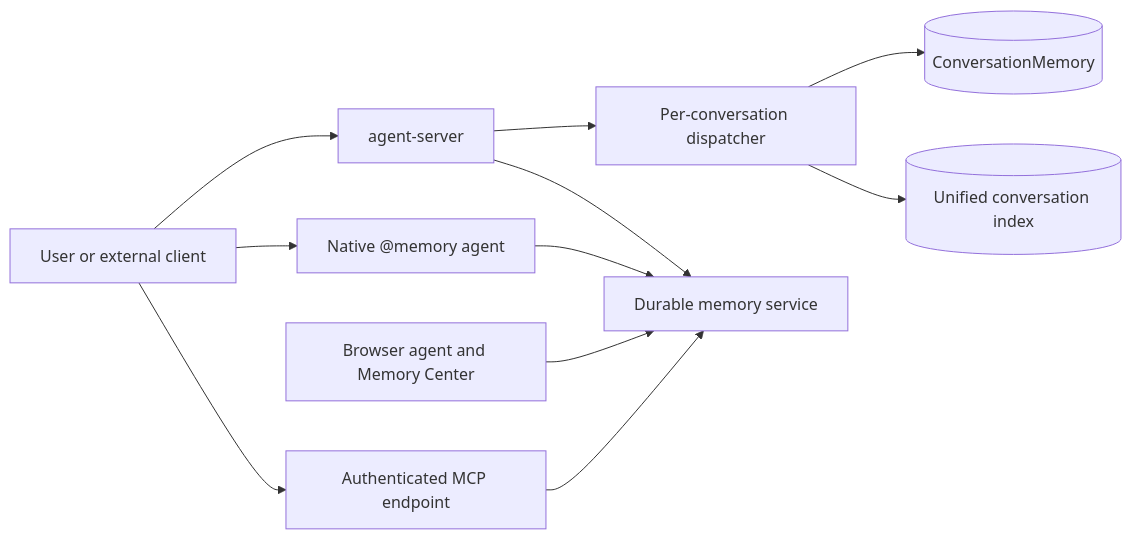
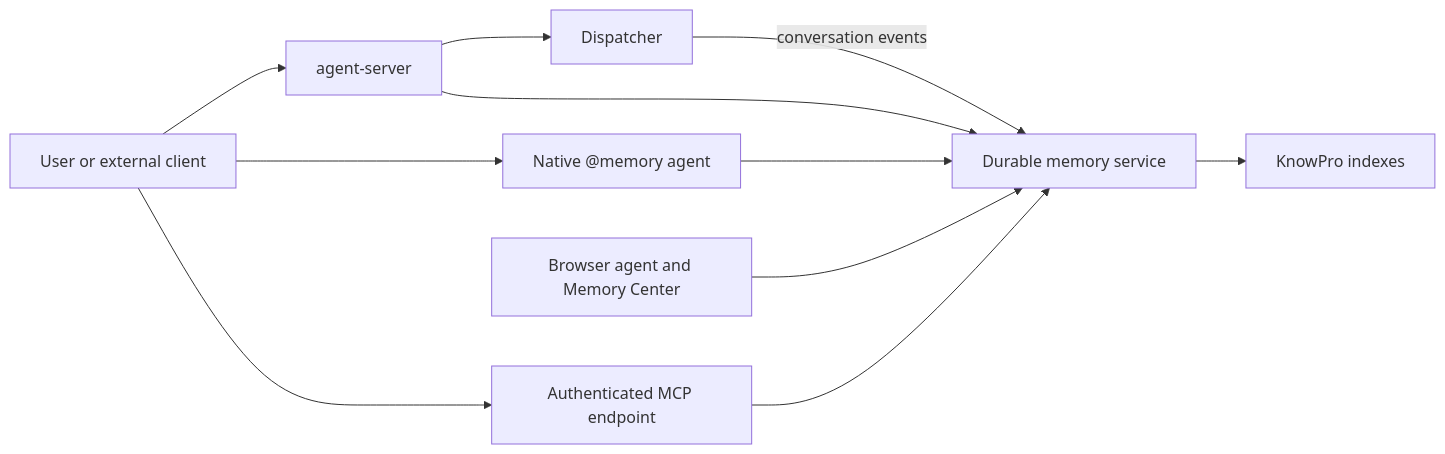
The diagram in ts/docs/architecture/memory/memory.md (microsoft/TypeAgent), drawn with Mermaid before and after one commit. The commit also changed other lines of this file and 71 other files, not shown here.

````diff
--- a/ts/docs/architecture/memory/memory.md
+++ b/ts/docs/architecture/memory/memory.md
@@ -27,21 +40,20 @@
 ```mermaid
 flowchart LR
     USER[User or external client]
     SERVER[agent-server]
-    DISPATCHER[Per-conversation dispatcher]
-    LOCAL[(ConversationMemory)]
-    UNIFIED[(Unified conversation index)]
+    DISPATCHER[Dispatcher]
     SERVICE[Durable memory service]
+    KP[KnowPro indexes]
     MCP[Authenticated MCP endpoint]
     MEMORY[Native @memory agent]
     BROWSER[Browser agent and Memory Center]
 
     USER --> SERVER
     SERVER --> DISPATCHER
-    DISPATCHER --> LOCAL
-    DISPATCHER --> UNIFIED
+    DISPATCHER -->|conversation events| SERVICE
     SERVER --> SERVICE
     USER --> MEMORY --> SERVICE
     BROWSER --> SERVICE
     USER --> MCP --> SERVICE
+    SERVICE --> KP
 ```
````
